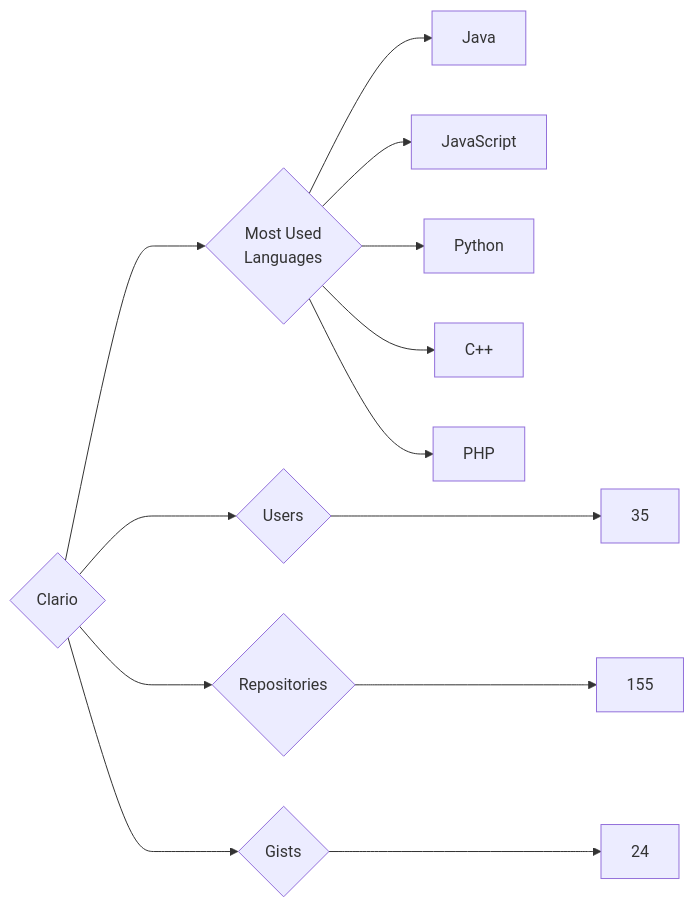
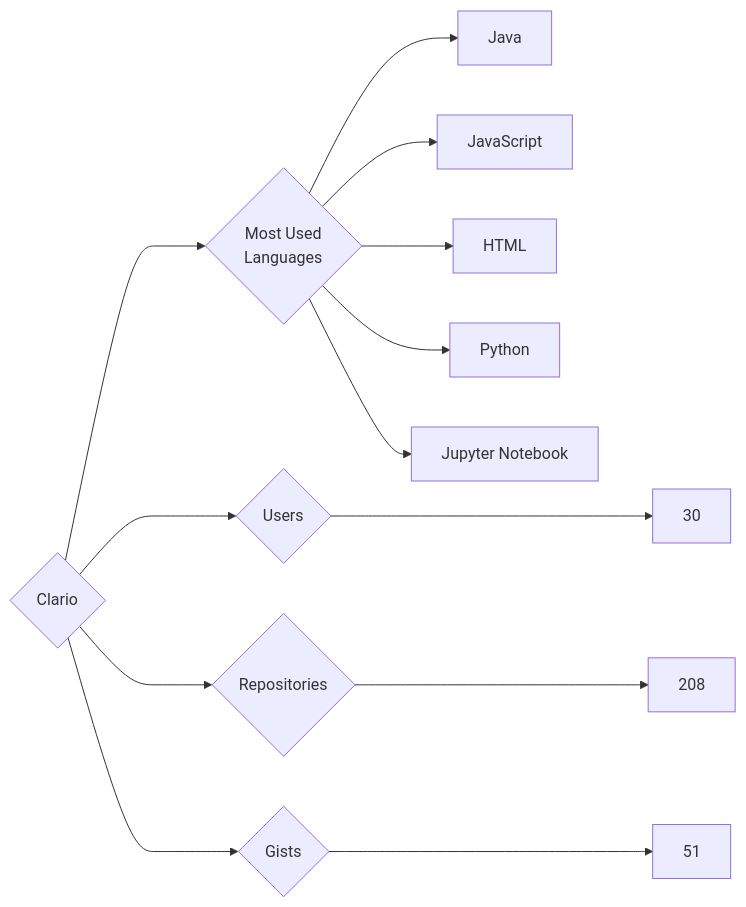
One commit to trickest/insiders changed the diagram in targets/Clario/README.md. Above: the diagram before and after it, drawn with Mermaid. The commit also changed 809 other files, not shown here.

````diff
--- a/targets/Clario/README.md
+++ b/targets/Clario/README.md
@@ -3,13 +3,13 @@
 ```mermaid
 graph LR
 COMPANY_NAME{Clario}
-COMPANY_NAME ---> U{Users} ---> UN[35]
-COMPANY_NAME ---> R{Repositories} ---> RN[155]
-COMPANY_NAME ---> G{Gists} ---> GN[24]
+COMPANY_NAME ---> U{Users} ---> UN[30]
+COMPANY_NAME ---> R{Repositories} ---> RN[208]
+COMPANY_NAME ---> G{Gists} ---> GN[51]
 COMPANY_NAME ---> ML{Most Used<br>Languages}
 ML --> Java[Java]
 ML --> JavaScript[JavaScript]
+ML --> HTML[HTML]
 ML --> Python[Python]
-ML --> C++[C++]
-ML --> PHP[PHP]
+ML --> Jupyter_Notebook[Jupyter Notebook]
 ```
````
